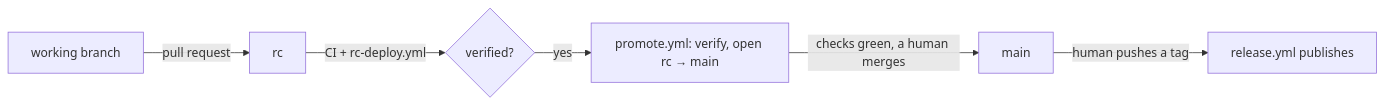
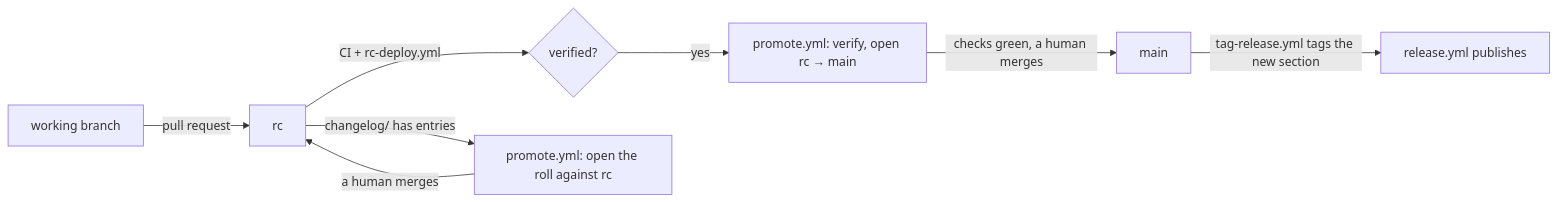
One commit to outcrop-labs/talaria changed the diagram in docs/BRANCHES.md. Above: the diagram before and after it, drawn with Mermaid. The commit also changed other lines of this file and 11 other files, not shown here.

````diff
--- a/docs/BRANCHES.md
+++ b/docs/BRANCHES.md
@@ -22,8 +22,10 @@
 ```mermaid
 graph LR
   A[working branch] -->|pull request| B[rc]
   B -->|CI + rc-deploy.yml| C{verified?}
   C -->|yes| D[promote.yml: verify, open rc → main]
+  B -->|changelog/ has entries| R[promote.yml: open the roll against rc]
+  R -->|a human merges| B
   D -->|checks green, a human merges| E[main]
-  E -->|human pushes a tag| F[release.yml publishes]
+  E -->|tag-release.yml tags the new section| F[release.yml publishes]
 ```
````
